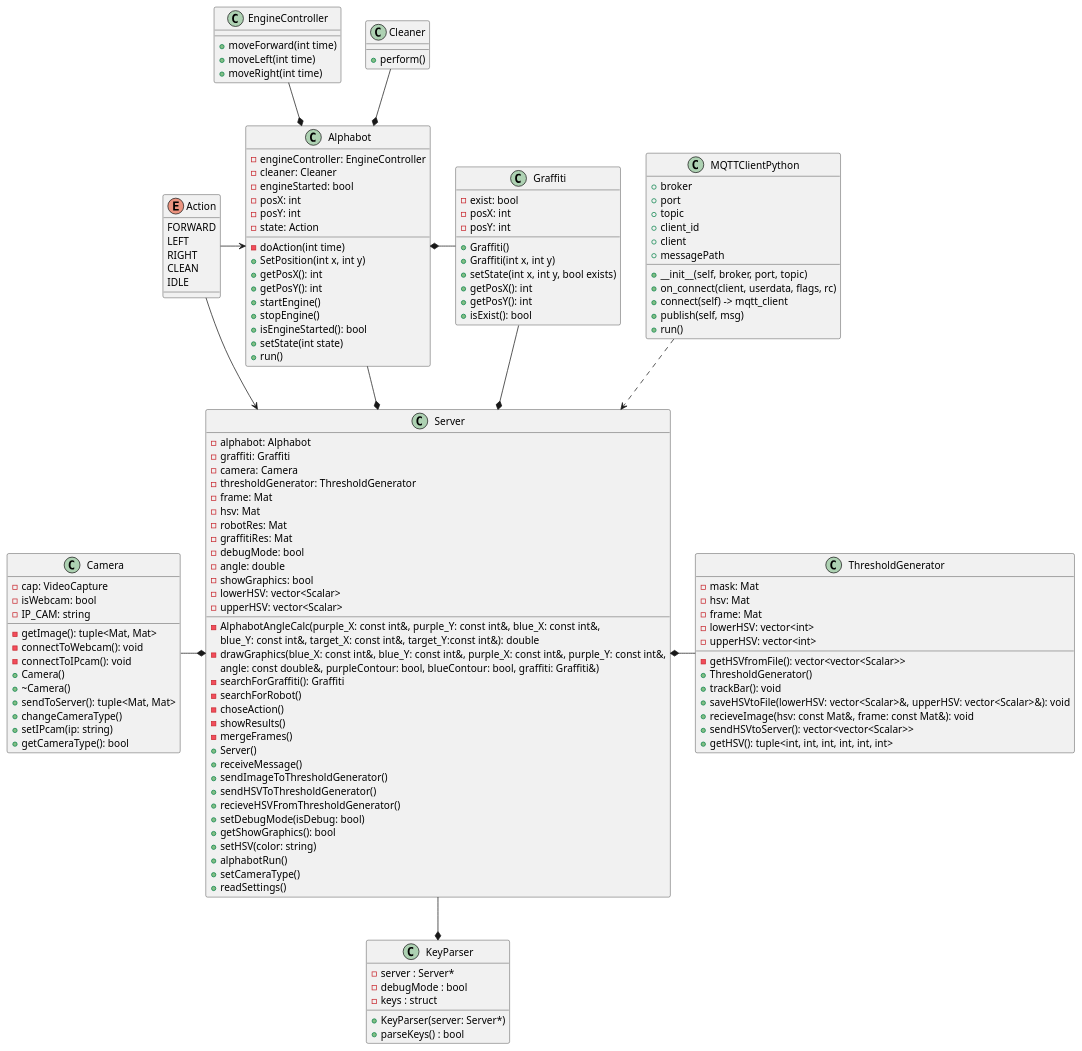
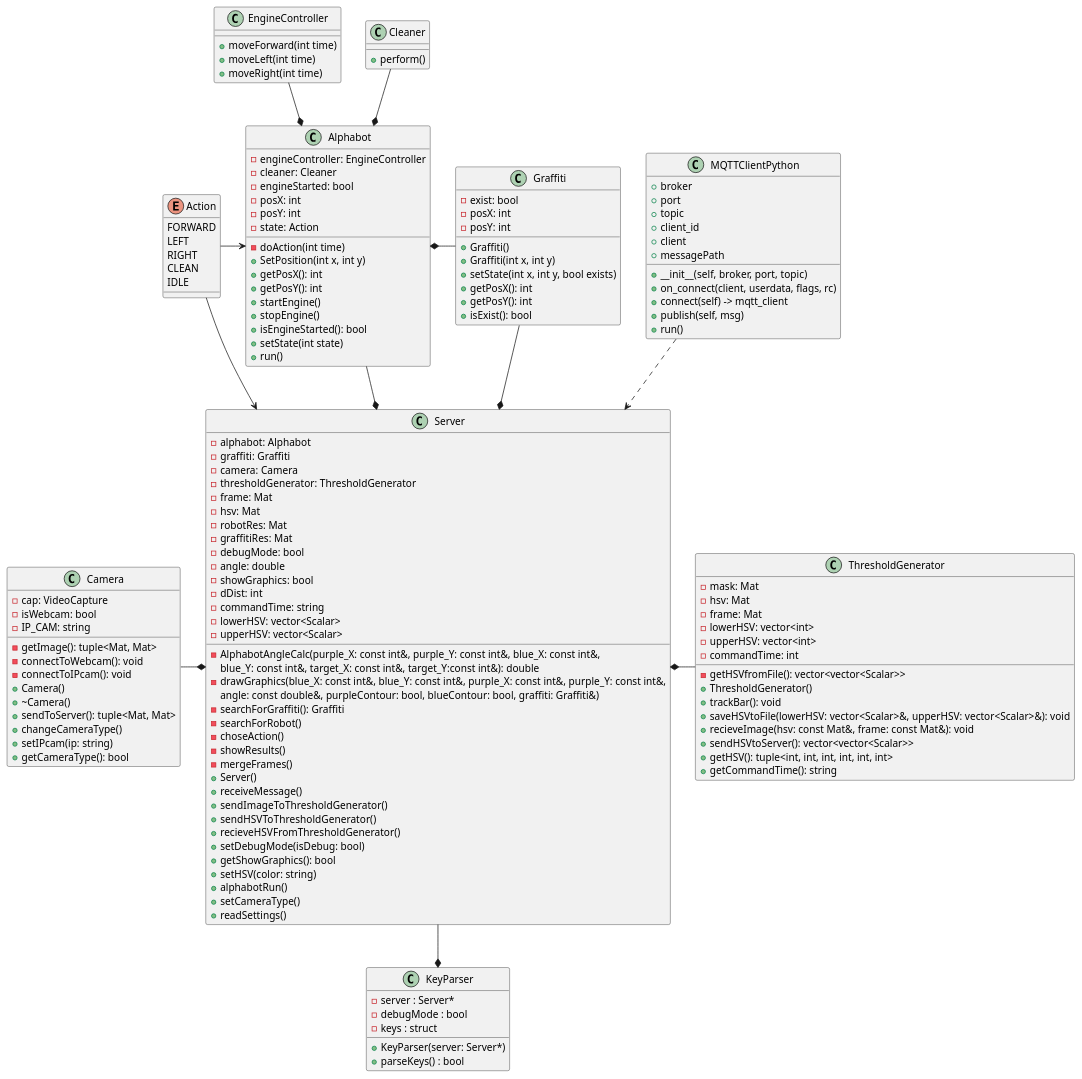
The diagram in docs/plantUML.wsd (kolganovr/Alphabot), drawn with PlantUML before and after one commit. The commit also changed 5 other files, not shown here.

Commit message:
add command time setum in debug mode

```diff
--- a/docs/plantUML.wsd
+++ b/docs/plantUML.wsd
@@ -1,150 +1,154 @@
 @startuml Alphabot
 
 enum Action {
     FORWARD
     LEFT
     RIGHT
     CLEAN
     IDLE
 }
 
 class EngineController {
     + moveForward(int time)
     + moveLeft(int time)
     + moveRight(int time)
 }
 
 class Cleaner {
     + perform()
 }
 
 class Camera {
     - cap: VideoCapture
     - isWebcam: bool
     - IP_CAM: string
     - getImage(): tuple<Mat, Mat>
     - connectToWebcam(): void
     - connectToIPcam(): void
     + Camera()
     + ~Camera()
     + sendToServer(): tuple<Mat, Mat>
     + changeCameraType()
     + setIPcam(ip: string)
     + getCameraType(): bool
 }
 
 class Graffiti {
     - exist: bool
     - posX: int
     - posY: int
     + Graffiti()
     + Graffiti(int x, int y)
     + setState(int x, int y, bool exists)
     + getPosX(): int
     + getPosY(): int
     + isExist(): bool
 }
 
 class Alphabot {
     - engineController: EngineController
     - cleaner: Cleaner
     - engineStarted: bool
     - posX: int
     - posY: int
     - state: Action
     - doAction(int time)
     + SetPosition(int x, int y)
     + getPosX(): int
     + getPosY(): int
     + startEngine()
     + stopEngine()
     + isEngineStarted(): bool
     + setState(int state)
     + run()
 }
 
 class ThresholdGenerator {
     - mask: Mat
     - hsv: Mat
     - frame: Mat
     - lowerHSV: vector<int>
     - upperHSV: vector<int>
+    - commandTime: int
     - getHSVfromFile(): vector<vector<Scalar>>
     + ThresholdGenerator()
     + trackBar(): void
     + saveHSVtoFile(lowerHSV: vector<Scalar>&, upperHSV: vector<Scalar>&): void
     + recieveImage(hsv: const Mat&, frame: const Mat&): void
     + sendHSVtoServer(): vector<vector<Scalar>>
     + getHSV(): tuple<int, int, int, int, int, int>
+    + getCommandTime(): string
 }
 
 class Server {
 - alphabot: Alphabot
 - graffiti: Graffiti
 - camera: Camera
 - thresholdGenerator: ThresholdGenerator
 - frame: Mat
 - hsv: Mat
 - robotRes: Mat
 - graffitiRes: Mat
 - debugMode: bool
 - angle: double
 - showGraphics: bool
+- dDist: int
+- commandTime: string
 - lowerHSV: vector<Scalar>
 - upperHSV: vector<Scalar>
 - AlphabotAngleCalc(purple_X: const int&, purple_Y: const int&, blue_X: const int&, 
 blue_Y: const int&, target_X: const int&, target_Y:const int&): double
 - drawGraphics(blue_X: const int&, blue_Y: const int&, purple_X: const int&, purple_Y: const int&, 
 angle: const double&, purpleContour: bool, blueContour: bool, graffiti: Graffiti&)
 - searchForGraffiti(): Graffiti
 - searchForRobot()
 - choseAction()
 - showResults()
 - mergeFrames()
 + Server()
 + receiveMessage()
 + sendImageToThresholdGenerator()
 + sendHSVToThresholdGenerator()
 + recieveHSVFromThresholdGenerator()
 + setDebugMode(isDebug: bool)
 + getShowGraphics(): bool
 + setHSV(color: string)
 + alphabotRun()
 + setCameraType()
 + readSettings()
 }
 
 class KeyParser {
     -server : Server*
     -debugMode : bool
     -keys : struct
     +KeyParser(server: Server*)
     +parseKeys() : bool
 }
 
 class MQTTClientPython {
     + broker
     + port
     + topic
     + client_id
     + client
     + messagePath
     + __init__(self, broker, port, topic)
     + on_connect(client, userdata, flags, rc)
     + connect(self) -> mqtt_client
     + publish(self, msg)
     + run()
 }
 
 EngineController --* Alphabot
 Cleaner --* Alphabot
 Alphabot *- Graffiti
 Action -> Alphabot
 Action --> Server
 Graffiti --* Server
 Server *- ThresholdGenerator
 Camera -* Server
 Alphabot --* Server
 Server --* KeyParser
 MQTTClientPython ..> Server
 @enduml
```
